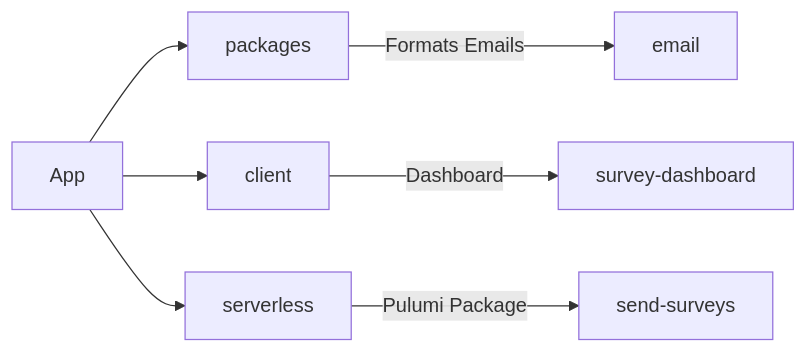
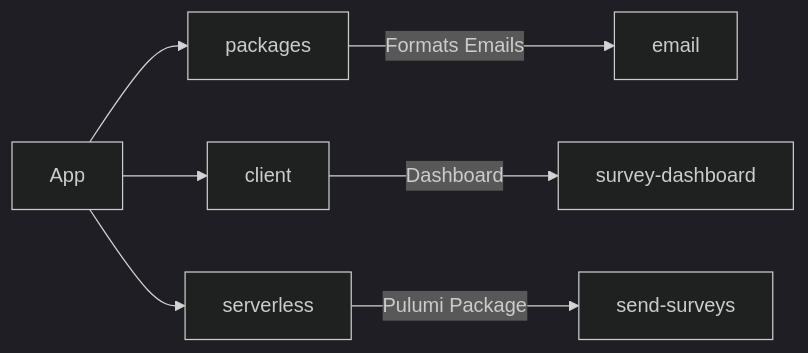
Before and after one commit to alexwine36/Portfolio: the first of 2 diagrams in apps/portfolio/content/projects/customer-surveys/index.md, drawn with Mermaid. The commit also changed other lines of this file, not shown here.

Commit message:
fix(gatsby): updated mermaid theme

````diff
--- a/apps/portfolio/content/projects/customer-surveys/index.md
+++ b/apps/portfolio/content/projects/customer-surveys/index.md
@@ -48,9 +48,10 @@
 ```mermaid
+%%{init: {'theme': 'dark'} }%%
 graph LR
   App --> packages
   App --> client
   App --> serverless
   client --> |Dashboard|survey-dashboard
   serverless --> |Pulumi Package|send-surveys
   packages --> |Formats Emails|email
 ```
````
